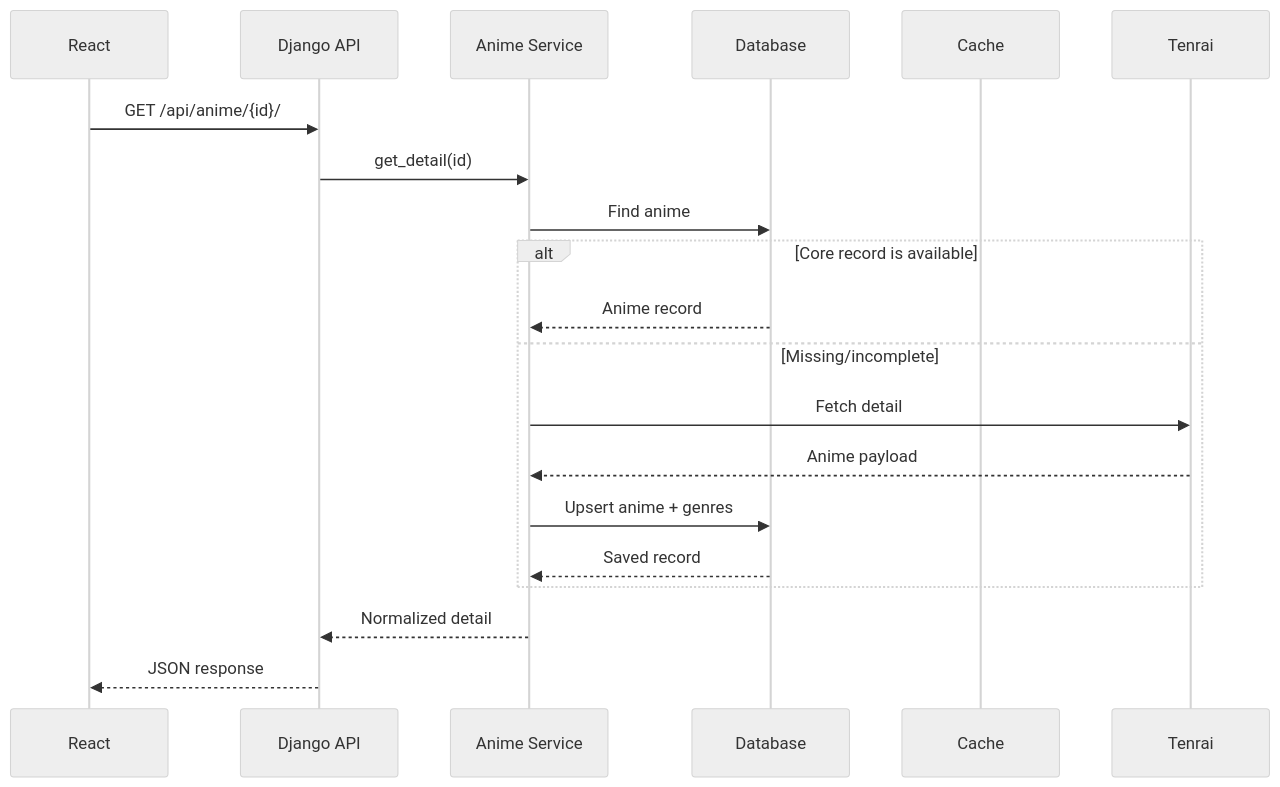
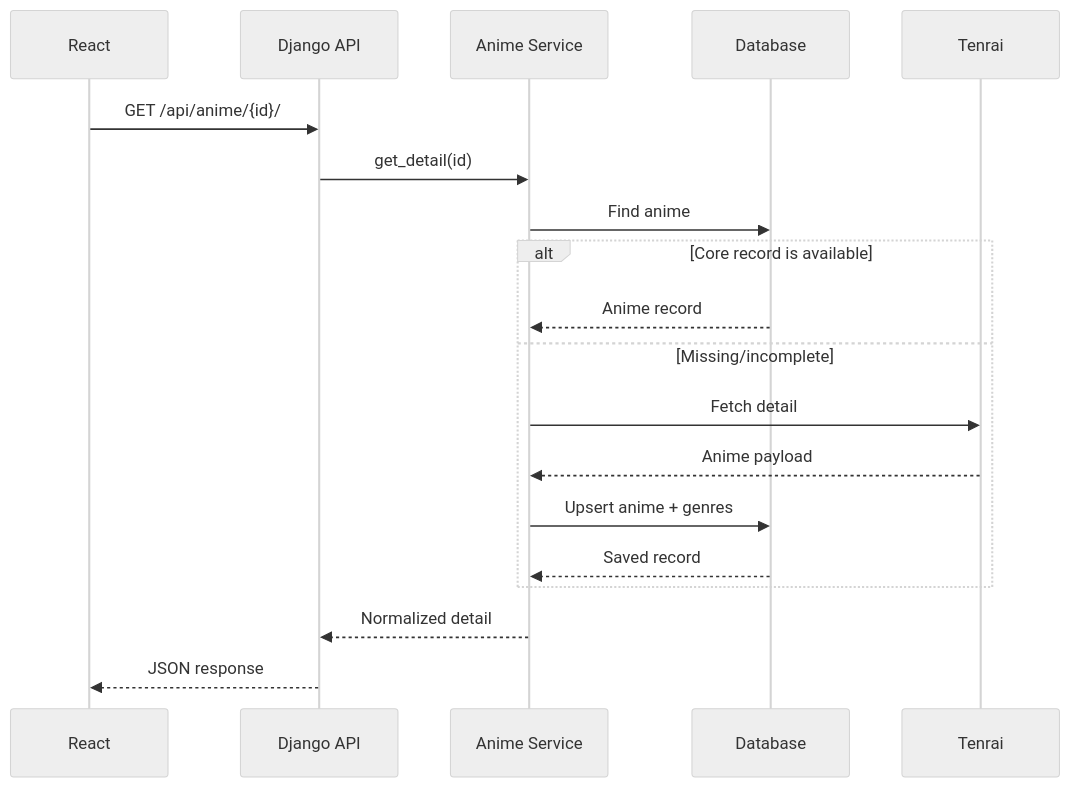
Before and after one commit to Muhammad-Ismaeell/anime-tracker: the second of 2 diagrams in docs/architecture.md, drawn with Mermaid (neutral theme). The commit also changed other lines of this file and 4 other files, not shown here.

````diff
--- a/docs/architecture.md
+++ b/docs/architecture.md
@@ -63,23 +63,22 @@
 ```mermaid
 sequenceDiagram
     participant R as React
     participant D as Django API
     participant S as Anime Service
     participant DB as Database
-    participant C as Cache
     participant T as Tenrai
 
     R->>D: GET /api/anime/{id}/
     D->>S: get_detail(id)
     S->>DB: Find anime
     alt Core record is available
         DB-->>S: Anime record
     else Missing/incomplete
         S->>T: Fetch detail
         T-->>S: Anime payload
         S->>DB: Upsert anime + genres
         DB-->>S: Saved record
     end
     S-->>D: Normalized detail
     D-->>R: JSON response
 ```
````
